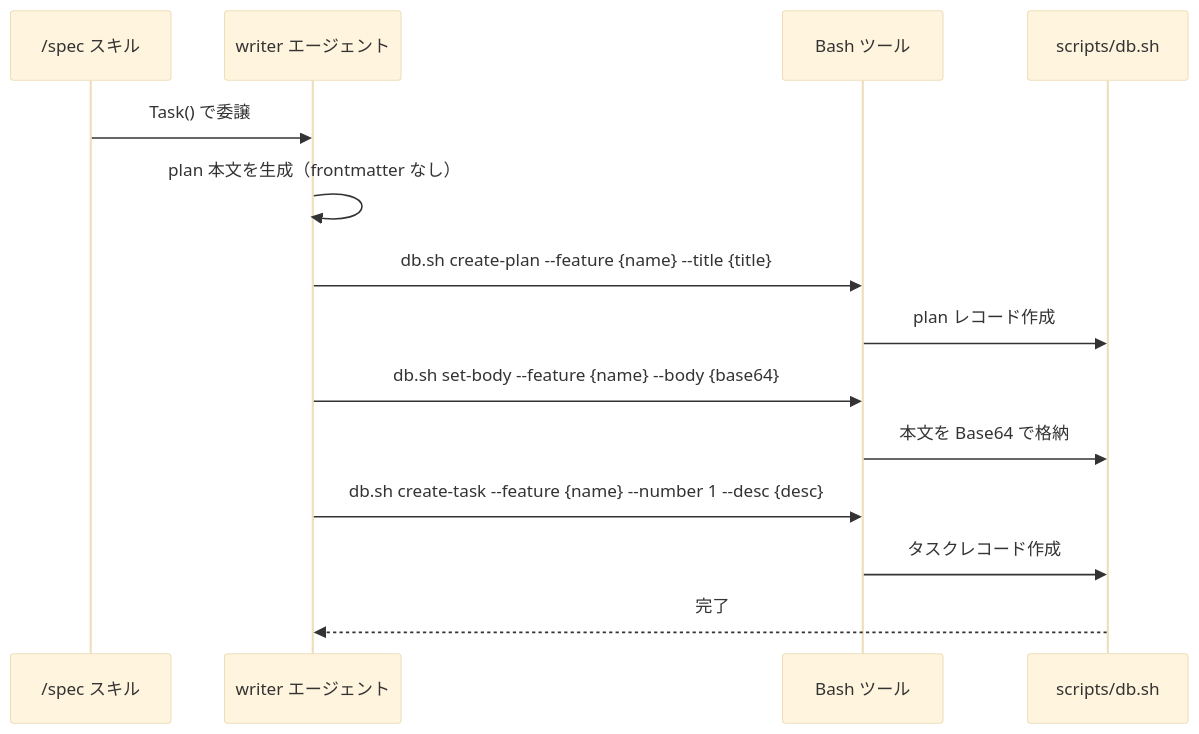
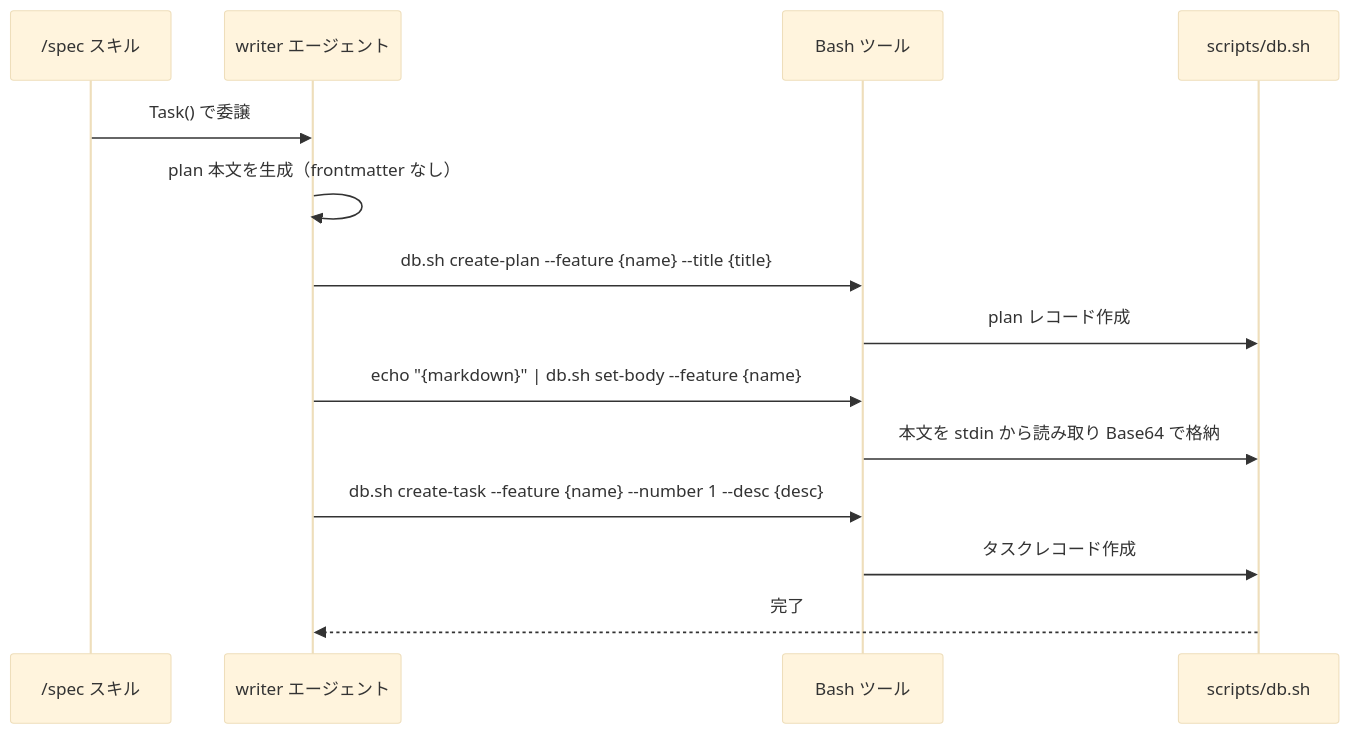
One commit to 884js/spec-driven-dev changed the third of 4 diagrams in docs/plans/sqlite-plan-storage/plan.md. Above: the diagram before and after it, drawn with Mermaid (base theme). The commit also changed other lines of this file and 1 other file, not shown here.

````diff
--- a/docs/plans/sqlite-plan-storage/plan.md
+++ b/docs/plans/sqlite-plan-storage/plan.md
@@ -124,17 +134,17 @@
 ```mermaid
 sequenceDiagram
     participant Spec as /spec スキル
     participant Writer as writer エージェント
     participant Bash as Bash ツール
     participant DbSh as scripts/db.sh
 
     Spec->>Writer: Task() で委譲
     Writer->>Writer: plan 本文を生成（frontmatter なし）
     Writer->>Bash: db.sh create-plan --feature {name} --title {title}
     Bash->>DbSh: plan レコード作成
-    Writer->>Bash: db.sh set-body --feature {name} --body {base64}
-    Bash->>DbSh: 本文を Base64 で格納
+    Writer->>Bash: echo "{markdown}" | db.sh set-body --feature {name}
+    Bash->>DbSh: 本文を stdin から読み取り Base64 で格納
     Writer->>Bash: db.sh create-task --feature {name} --number 1 --desc {desc}
     Bash->>DbSh: タスクレコード作成
     DbSh-->>Writer: 完了
 ```
````
